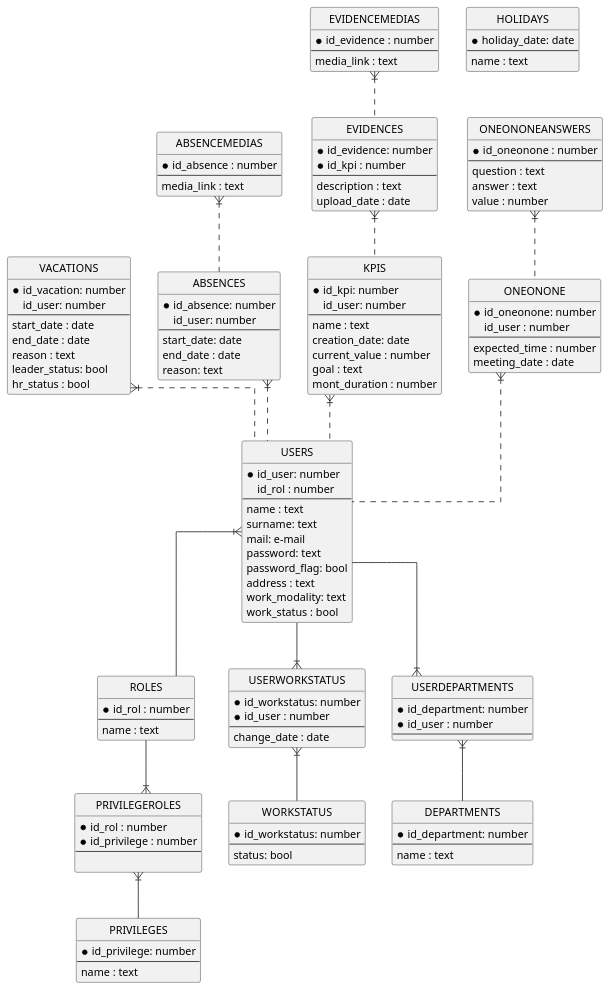
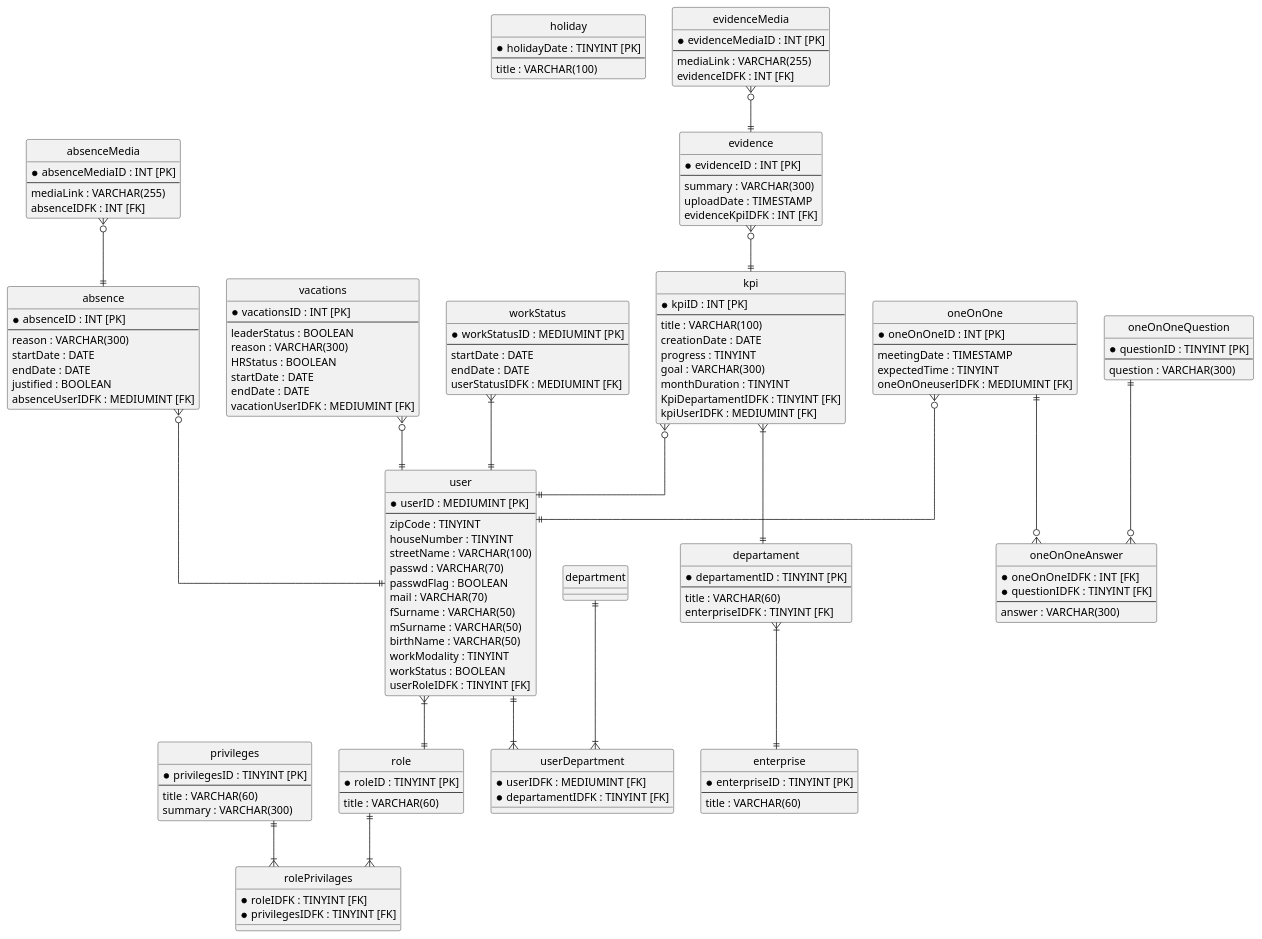
Before and after one commit to EdCanCe/WorkCells: the diagram in diagrams/MR codigo.puml, drawn with PlantUML. The commit also changed 1 other file, not shown here.

```diff
--- a/diagrams/MR codigo.puml
+++ b/diagrams/MR codigo.puml
@@ -1,156 +1,167 @@
 @startuml
 
 hide circle
 skinparam linetype ortho
 
-entity "USERS" as users{
-  *id_user: number
-  id_rol : number
-  --
-  name : text
-  surname: text
-  mail: e-mail
-  password: text
-  password_flag: bool
-  address : text
-  work_modality: text
-  work_status : bool
+entity holiday {
+    * holidayDate : TINYINT [PK]
+    --
+    title : VARCHAR(100)
 }
 
-
-entity "ROLES" as roles{
-  *id_rol : number
-  --
-  name : text
+entity privileges {
+    * privilegesID : TINYINT [PK]
+    --
+    title : VARCHAR(60)
+    summary : VARCHAR(300)
 }
 
-entity "PRIVILEGEROLES" as pr{
-  *id_rol : number
-  *id_privilege : number
-  --
-  
+entity role {
+    * roleID : TINYINT [PK]
+    --
+    title : VARCHAR(60)
 }
 
-entity "PRIVILEGES" as priv{
-  *id_privilege: number
-  --
-  name : text
+entity rolePrivilages {
+    * roleIDFK : TINYINT [FK]
+    * privilegesIDFK : TINYINT [FK]
 }
 
-entity "WORKSTATUS" as ws{
-  *id_workstatus: number 
-  --
-  status: bool
+entity user {
+    * userID : MEDIUMINT [PK]
+    --
+    zipCode : TINYINT
+    houseNumber : TINYINT
+    streetName : VARCHAR(100)
+    passwd : VARCHAR(70)
+    passwdFlag : BOOLEAN
+    mail : VARCHAR(70)
+    fSurname : VARCHAR(50)
+    mSurname : VARCHAR(50)
+    birthName : VARCHAR(50)
+    workModality : TINYINT
+    workStatus : BOOLEAN
+    userRoleIDFK : TINYINT [FK]
 }
 
-entity "USERWORKSTATUS" as uw{
-  *id_workstatus: number
-  *id_user : number
-  --
-  change_date : date
+entity workStatus {
+    * workStatusID : MEDIUMINT [PK]
+    --
+    startDate : DATE
+    endDate : DATE
+    userStatusIDFK : MEDIUMINT [FK]
 }
 
-entity "DEPARTMENTS" as dep{
-  *id_department: number 
-  --
-  name : text
+entity enterprise {
+    * enterpriseID : TINYINT [PK]
+    --
+    title : VARCHAR(60)
 }
 
-entity "USERDEPARTMENTS" as udep{
-  *id_department: number 
-  *id_user : number
-  --
+entity departament {
+    * departamentID : TINYINT [PK]
+    --
+    title : VARCHAR(60)
+    enterpriseIDFK : TINYINT [FK]
 }
 
-entity "VACATIONS" as vac{
-  *id_vacation: number
-  id_user: number
-  --
-  start_date : date
-  end_date : date
-  reason : text
-  leader_status: bool
-  hr_status : bool
+entity userDepartment {
+    * userIDFK : MEDIUMINT [FK]
+    * departamentIDFK : TINYINT [FK]
 }
 
-
-entity "ABSENCES" as abs{
-  *id_absence: number 
-  id_user: number
-  --
-  start_date: date
-  end_date : date
-  reason: text
+entity kpi {
+    * kpiID : INT [PK]
+    --
+    title : VARCHAR(100)
+    creationDate : DATE
+    progress : TINYINT
+    goal : VARCHAR(300)
+    monthDuration : TINYINT
+    KpiDepartamentIDFK : TINYINT [FK]
+    kpiUserIDFK : MEDIUMINT [FK]
 }
 
-entity "ABSENCEMEDIAS" as absm{
-  *id_absence : number
-  --
-  media_link : text
+entity evidence {
+    * evidenceID : INT [PK]
+    --
+    summary : VARCHAR(300)
+    uploadDate : TIMESTAMP
+    evidenceKpiIDFK : INT [FK]
 }
 
-entity "KPIS" as kpis{
-  *id_kpi: number
-  id_user: number
-  --
-  name : text
-  creation_date: date
-  current_value : number
-  goal : text
-  mont_duration : number
+entity evidenceMedia {
+    * evidenceMediaID : INT [PK]
+    --
+    mediaLink : VARCHAR(255)
+    evidenceIDFK : INT [FK]
 }
 
-entity "EVIDENCES" as evi{
-  *id_evidence: number
-  *id_kpi : number
-  --
-  description : text
-  upload_date : date
+entity vacations {
+    * vacationsID : INT [PK]
+    --
+    leaderStatus : BOOLEAN
+    reason : VARCHAR(300)
+    HRStatus : BOOLEAN
+    startDate : DATE
+    endDate : DATE
+    vacationUserIDFK : MEDIUMINT [FK]
 }
 
-entity "EVIDENCEMEDIAS" as evim{
-  *id_evidence : number
-  --
-  media_link : text
+entity absence {
+    * absenceID : INT [PK]
+    --
+    reason : VARCHAR(300)
+    startDate : DATE
+    endDate : DATE
+    justified : BOOLEAN
+    absenceUserIDFK : MEDIUMINT [FK]
 }
 
-entity "ONEONONE" as one{
-  *id_oneonone: number
-  id_user : number
-  --
-  expected_time : number
-  meeting_date : date
+entity absenceMedia {
+    * absenceMediaID : INT [PK]
+    --
+    mediaLink : VARCHAR(255)
+    absenceIDFK : INT [FK]
 }
 
-entity "ONEONONEANSWERS" as oneans{
-  *id_oneonone : number
-  --
-  question : text
-  answer : text
-  value : number
+entity oneOnOne {
+    * oneOnOneID : INT [PK]
+    --
+    meetingDate : TIMESTAMP
+    expectedTime : TINYINT
+    oneOnOneuserIDFK : MEDIUMINT [FK]
 }
 
-entity "HOLIDAYS" as holy{
-  *holiday_date: date
-  --
-  name : text
+entity oneOnOneQuestion {
+    * questionID : TINYINT [PK]
+    --
+    question : VARCHAR(300)
 }
 
-' muchos a muchos
-users }|-- roles
-roles --|{ pr
-pr }|-- priv
-users --|{ uw
-uw }|-- ws
-users --|{ udep
-udep }|-- dep
-vac }|.. users
-absm }|.. abs
-abs }|.. users
-evim }|.. evi
-evi }|.. kpis
-kpis }|.. users
-oneans }|.. one
-one }|.. users
+entity oneOnOneAnswer {
+    * oneOnOneIDFK : INT [FK]
+    * questionIDFK : TINYINT [FK]
+    --
+    answer : VARCHAR(300)
+}
+
+role ||--|{ rolePrivilages
+privileges ||--|{ rolePrivilages
+user }|--|| role
+workStatus }|--|| user 
+departament }|--|| enterprise
+user ||--|{ userDepartment
+department ||--|{ userDepartment
+kpi }|--|| departament
+kpi }o--|| user
+evidence }o--|| kpi
+evidenceMedia }o--|| evidence
+vacations }o--|| user
+absence }o--|| user
+absenceMedia }o--|| absence
+oneOnOne }o--|| user
+oneOnOne ||--o{ oneOnOneAnswer
+oneOnOneQuestion ||--o{ oneOnOneAnswer
 
 @enduml
```
